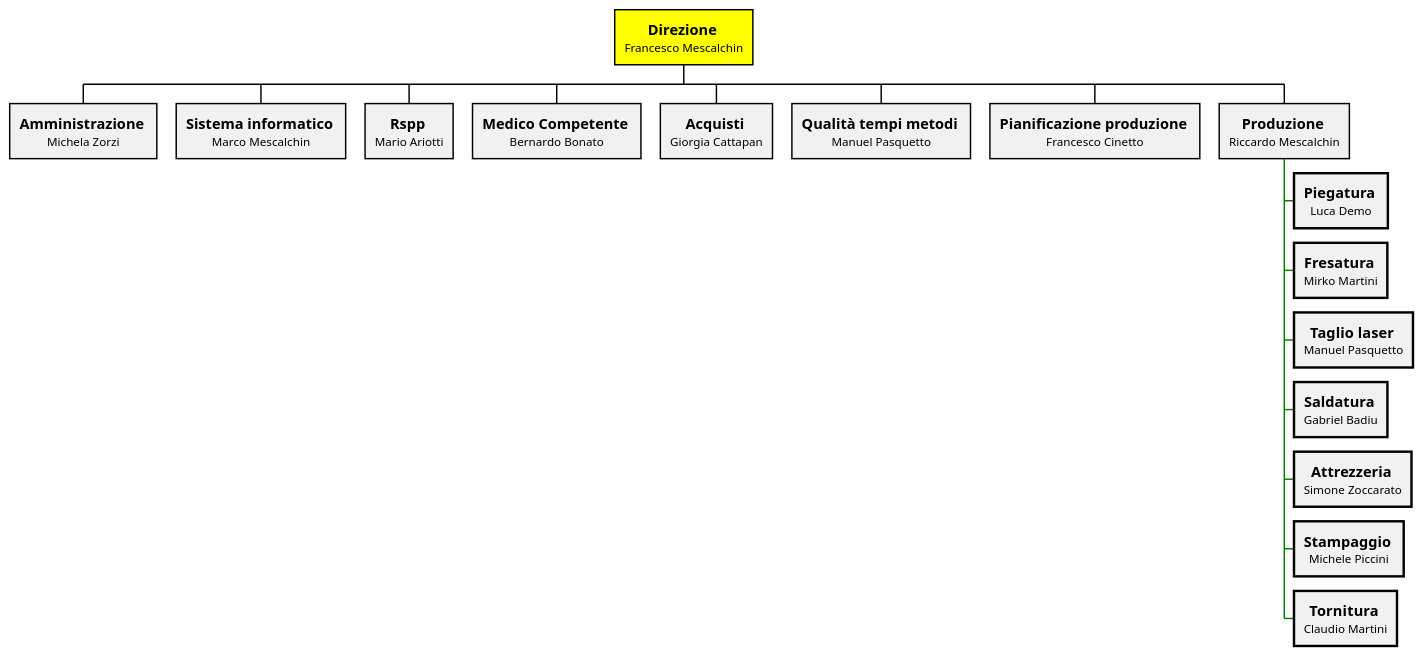
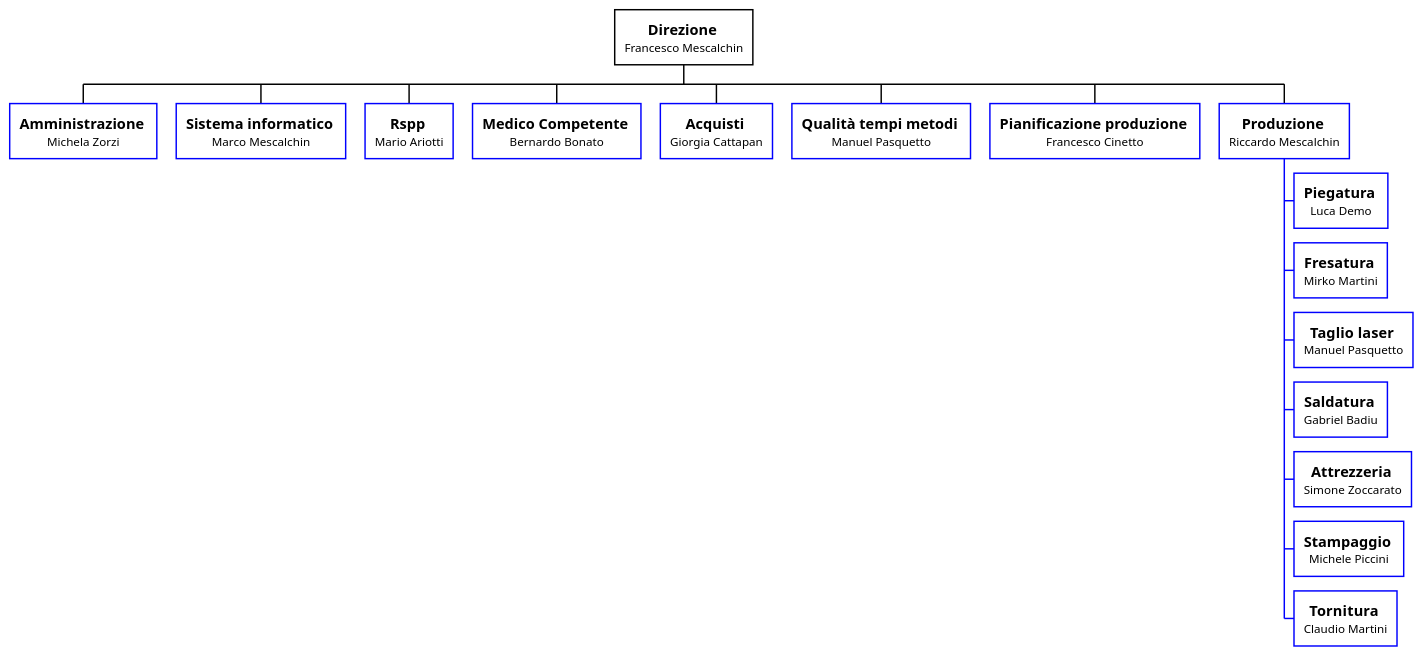
One commit to Mecom-srl/wikijsdata changed the diagram in Registrazioni/Norme.md. Above: the diagram before and after it, drawn with PlantUML. The commit also changed other lines of this file, not shown here.

Commit message:
docs: update Registrazioni/Norme

````diff
--- a/Registrazioni/Norme.md
+++ b/Registrazioni/Norme.md
@@ -11,61 +11,54 @@
 ```plantuml
 @startwbs
 skinparam defaultTextAlignment center
 
 <style>
 wbsDiagram {
   // all lines (meaning connector and borders, there are no other lines in WBS) are black by default
   Linecolor black
   arrow {
     // note that connector are actually "arrow" even if they don't look like as arrow
     // This is to be consistent with other UML diagrams. Not 100% sure that it's a good idea
     // So now connector are green
     LineColor green
   }
   :depth(0) {
-      // will target root node
-      BackgroundColor Yellow
+      BackgroundColor white
       RoundCorner 0
-      LineColor BLACK
-      // Because we are targetting depth(0) for everything, border and connector for level 0 will be red
+      LineColor black
   }
-  arrow {
-    :depth(2) {
-      // Targetting only connector between Mexico-Chihuahua and USA-Texas
+    :depth(1) {
+      BackgroundColor white
       LineColor blue
       LineStyle 0
-      LineThickness .5
-    }
+      LineThickness 1.5
   }
-  node {
     :depth(2) {
       LineStyle 0
-      LineThickness 2.5
-    }
+            LineColor blue
+      LineThickness 1.5
+			 BackgroundColor white
+
   }
-  boxless {
-    // will target boxless node with '_'
-    FontColor darkgreen
-  }  
 }
 </style>
 
 * <size:15><b>Direzione</b></size> \nFrancesco Mescalchin
 ** <size:15><b>Amministrazione</b></size> \nMichela Zorzi
 ** <size:15><b>Sistema informatico</b></size> \nMarco Mescalchin
 ** <size:15><b>Rspp</b></size> \nMario Ariotti
 ** <size:15><b>Medico Competente</b></size> \nBernardo Bonato
 ** <size:15><b>Acquisti</b></size> \nGiorgia Cattapan
 ** <size:15><b>Qualità tempi metodi</b></size> \nManuel Pasquetto
 ** <size:15><b>Pianificazione produzione</b></size> \nFrancesco Cinetto
 ** <size:15><b>Produzione</b></size> \nRiccardo Mescalchin
 *** <size:15><b>Piegatura</b></size> \nLuca Demo
 *** <size:15><b>Fresatura</b></size> \nMirko Martini
 *** <size:15><b>Taglio laser</b></size> \nManuel Pasquetto
 *** <size:15><b>Saldatura</b></size> \nGabriel Badiu
 *** <size:15><b>Attrezzeria</b></size> \nSimone Zoccarato
 *** <size:15><b>Stampaggio</b></size> \nMichele Piccini
 *** <size:15><b>Tornitura</b></size> \nClaudio Martini
 @endwbs
 
 ```
````
